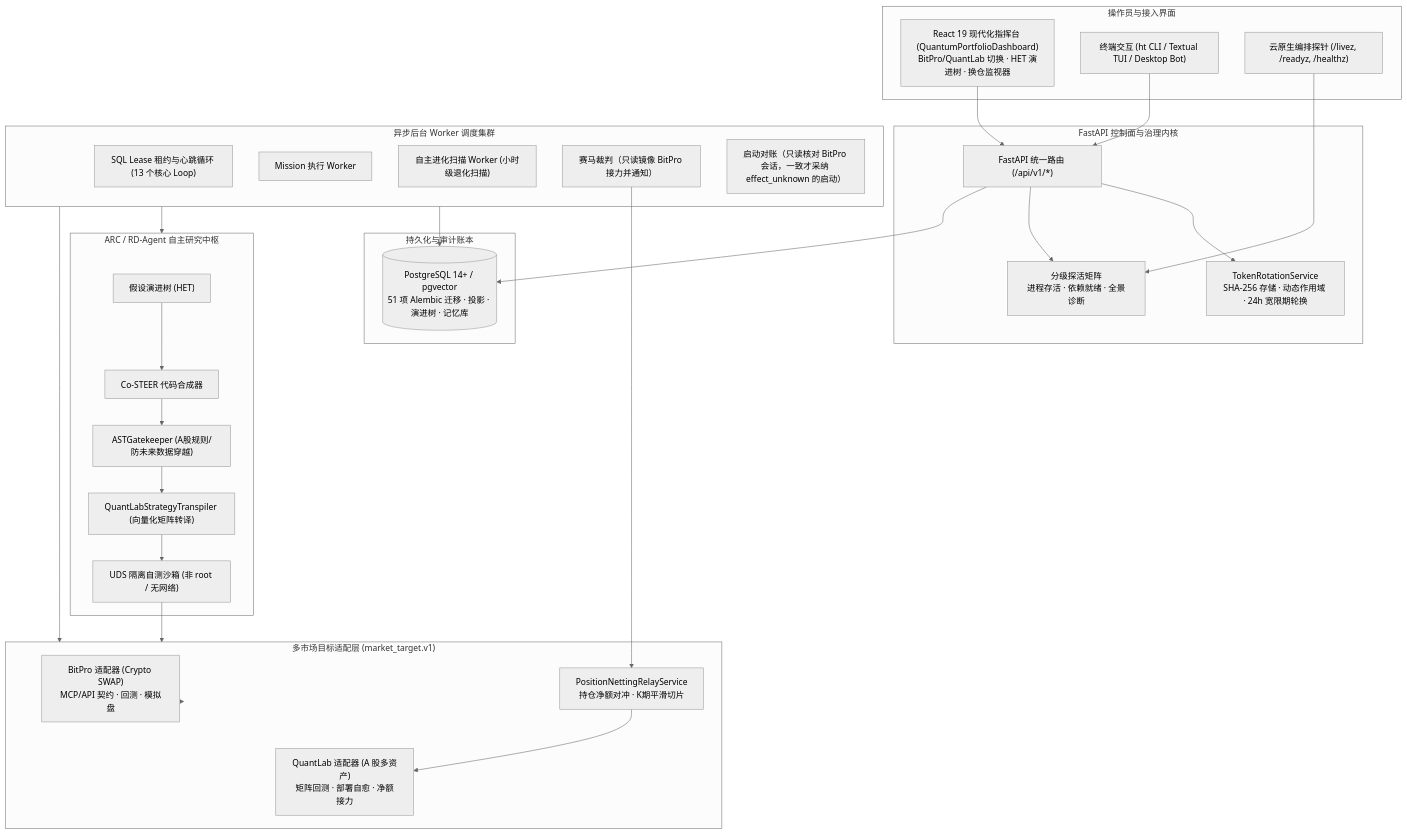
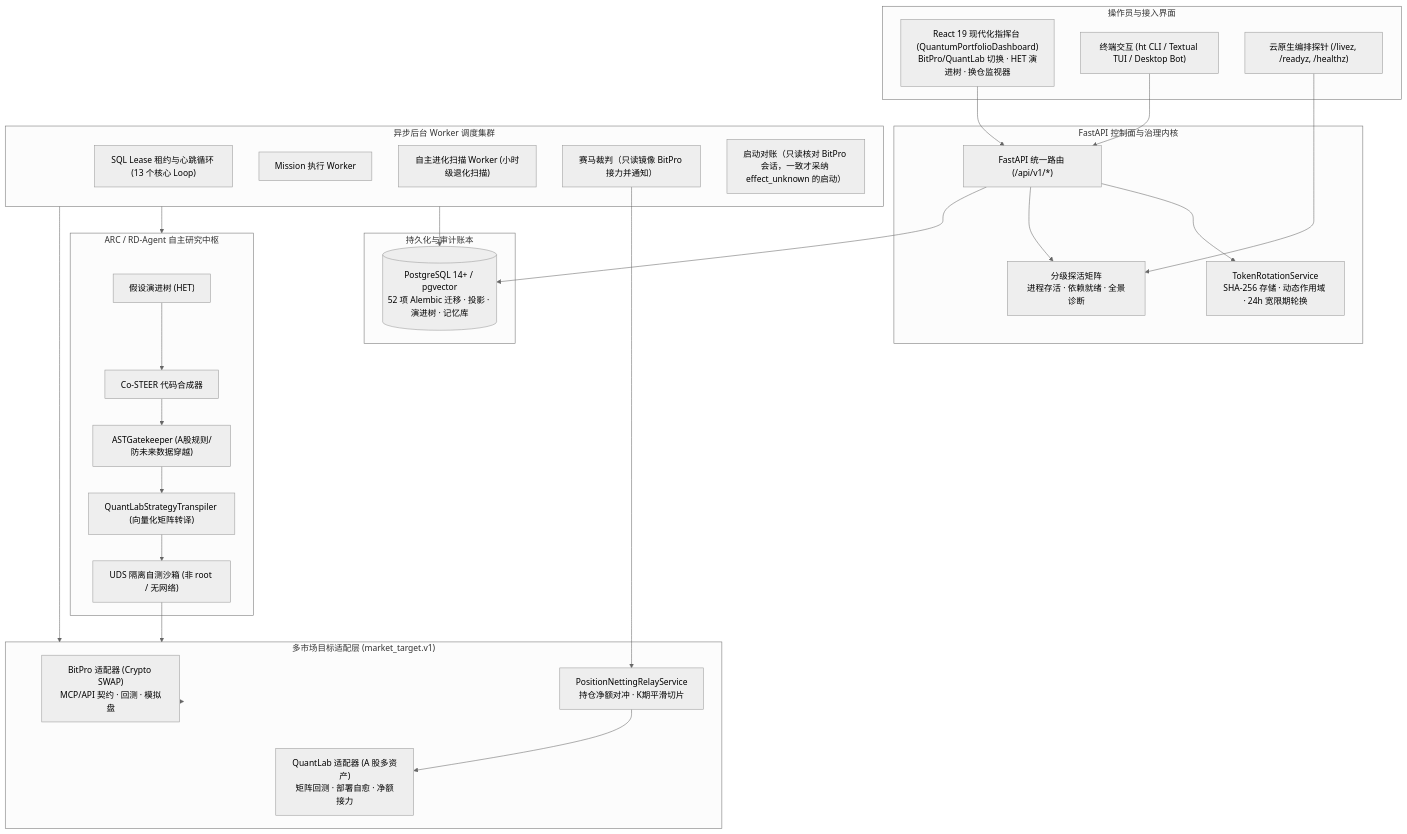
One commit to Shadowell/HyperTrade changed the diagram in docs/architecture/33-system-architecture.md. Above: the diagram before and after it, drawn with Mermaid (neutral theme). The commit also changed other lines of this file and 5 other files, not shown here.

````diff
--- a/docs/architecture/33-system-architecture.md
+++ b/docs/architecture/33-system-architecture.md
@@ -50,56 +50,56 @@
 ```mermaid
 flowchart TB
   subgraph Surfaces["操作员与接入界面"]
     Web["React 19 现代化指挥台 (QuantumPortfolioDashboard)<br/>BitPro/QuantLab 切换 · HET 演进树 · 换仓监视器"]
     CLI["终端交互 (ht CLI / Textual TUI / Desktop Bot)"]
     K8s["云原生编排探针 (/livez, /readyz, /healthz)"]
   end
 
   subgraph ControlPlane["FastAPI 控制面与治理内核"]
     API["FastAPI 统一路由 (/api/v1/*)"]
     TokenManager["TokenRotationService<br/>SHA-256 存储 · 动态作用域 · 24h 宽限期轮换"]
     HealthProbes["分级探活矩阵<br/>进程存活 · 依赖就绪 · 全景诊断"]
     API --> TokenManager
     API --> HealthProbes
   end
 
   subgraph WorkerCore["异步后台 Worker 调度集群"]
     WorkerLoop["SQL Lease 租约与心跳循环 (13 个核心 Loop)"]
     MissionWorker["Mission 执行 Worker"]
     EvolutionWorker["自主进化扫描 Worker (小时级退化扫描)"]
     RaceJudgeWorker["赛马裁判（只读镜像 BitPro 接力并通知）"]
     PaperEffectReconciler["启动对账（只读核对 BitPro 会话，一致才采纳 effect_unknown 的启动）"]
   end
 
   subgraph ResearchEngine["ARC / RD-Agent 自主研究中枢"]
     HET["假设演进树 (HET)"]
     CoSTEER["Co-STEER 代码合成器"]
     ASTGate["ASTGatekeeper (A股规则/防未来数据穿越)"]
     Transpiler["QuantLabStrategyTranspiler (向量化矩阵转译)"]
     Sandbox["UDS 隔离自测沙箱 (非 root / 无网络)"]
     
     HET --> CoSTEER --> ASTGate --> Transpiler --> Sandbox
   end
 
   subgraph TargetAdapters["多市场目标适配层 (market_target.v1)"]
     BitProAdapter["BitPro 适配器 (Crypto SWAP)<br/>MCP/API 契约 · 回测 · 模拟盘"]
     QuantLabAdapter["QuantLab 适配器 (A 股多资产)<br/>矩阵回测 · 部署自愈 · 净额接力"]
     NettingService["PositionNettingRelayService<br/>持仓净额对冲 · K期平滑切片"]
   end
 
   subgraph Persistence["持久化与审计账本"]
-    PG[("PostgreSQL 14+ / pgvector<br/>51 项 Alembic 迁移 · 投影 · 演进树 · 记忆库")]
+    PG[("PostgreSQL 14+ / pgvector<br/>52 项 Alembic 迁移 · 投影 · 演进树 · 记忆库")]
   end
 
   Web --> API
   CLI --> API
   K8s --> HealthProbes
   API --> PG
   WorkerCore --> PG
   WorkerCore --> ResearchEngine
   WorkerCore --> TargetAdapters
   Sandbox --> TargetAdapters
   RaceJudgeWorker --> NettingService --> QuantLabAdapter
   TargetAdapters --> BitProAdapter
   TargetAdapters --> QuantLabAdapter
 ```
````
